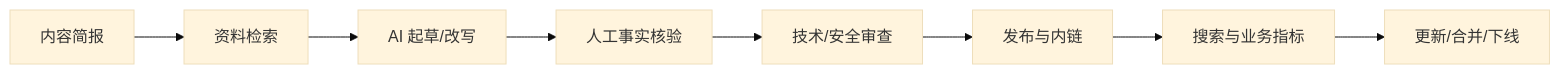
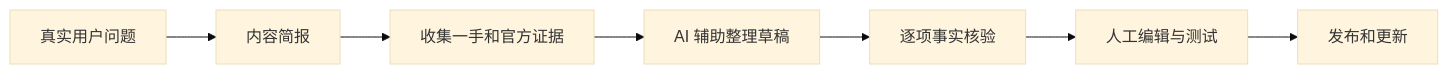
One commit to upJiang/jiang-blog-vitepress changed the diagram in docs/seo/ai-content-geo-quality.md. Above: the diagram before and after it, drawn with Mermaid (base theme). The commit also changed other lines of this file and 164 other files, not shown here.

````diff
--- a/docs/seo/ai-content-geo-quality.md
+++ b/docs/seo/ai-content-geo-quality.md
@@ -50,10 +21,9 @@
 ```mermaid
 flowchart LR
-  B[内容简报] --> R[资料检索]
-  R --> D[AI 起草/改写]
-  D --> H[人工事实核验]
-  H --> T[技术/安全审查]
-  T --> P[发布与内链]
-  P --> M[搜索与业务指标]
-  M --> U[更新/合并/下线]
+  A[真实用户问题] --> B[内容简报]
+  B --> C[收集一手和官方证据]
+  C --> D[AI 辅助整理草稿]
+  D --> E[逐项事实核验]
+  E --> F[人工编辑与测试]
+  F --> G[发布和更新]
 ```
````
